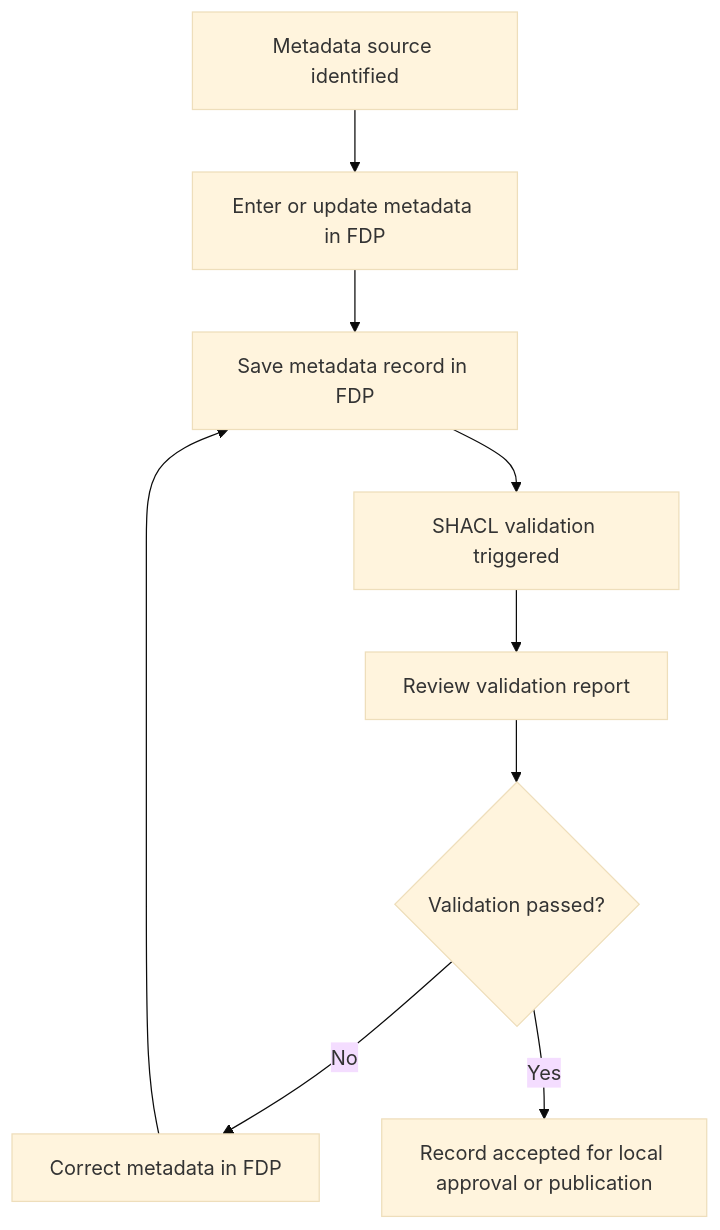
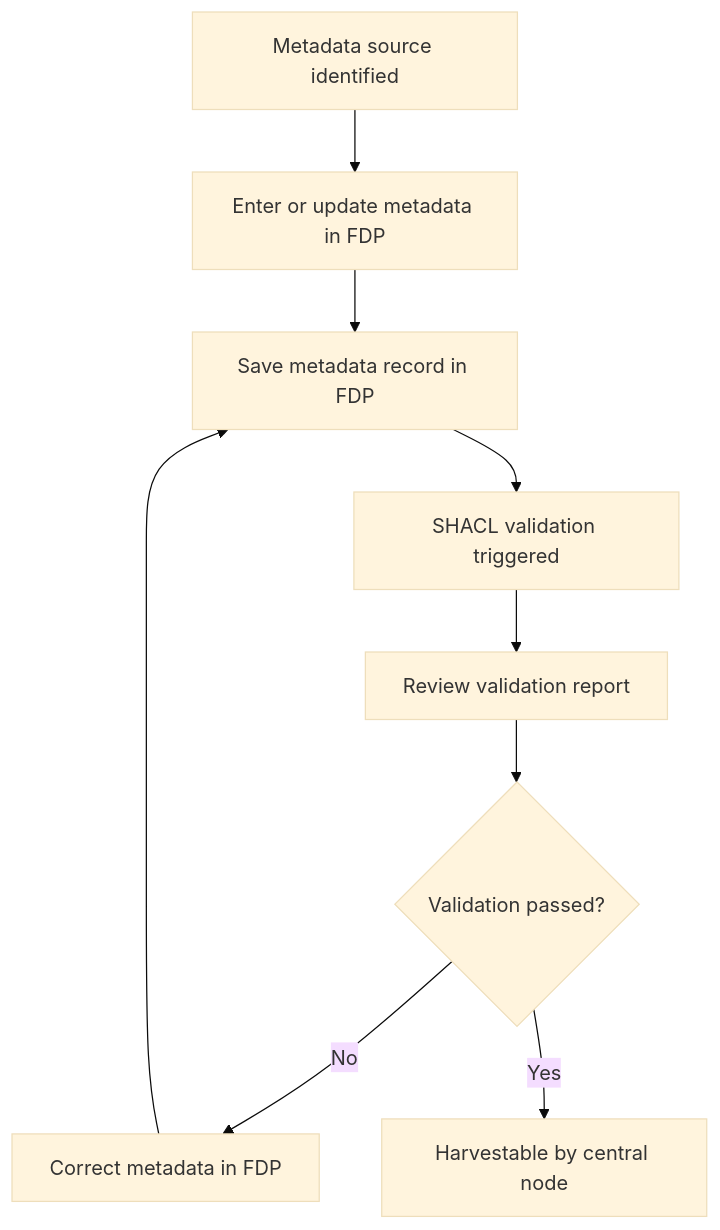
Before and after one commit to GenomicDataInfrastructure/standard-operating-procedures: the diagram in sops/node-specific/GDI-SOP0013_submission-metadata-validation.md, drawn with Mermaid (base theme).

Commit message:
Adjust SOP0013 harvest diagram wording

````diff
--- a/sops/node-specific/GDI-SOP0013_submission-metadata-validation.md
+++ b/sops/node-specific/GDI-SOP0013_submission-metadata-validation.md
@@ -76,15 +76,15 @@
 ```mermaid
 graph TB
     source["Metadata source identified"]
     enter["Enter or update metadata in FDP"]
     save["Save metadata record in FDP"]
     validate["SHACL validation triggered"]
     review["Review validation report"]
     decision{"Validation passed?"}
     correct["Correct metadata in FDP"]
-    accept["Record accepted for local approval or publication"]
+    accept["Harvestable by central node"]
 
     source --> enter --> save --> validate --> review --> decision
     decision -->|No| correct --> save
     decision -->|Yes| accept
 ```
````
